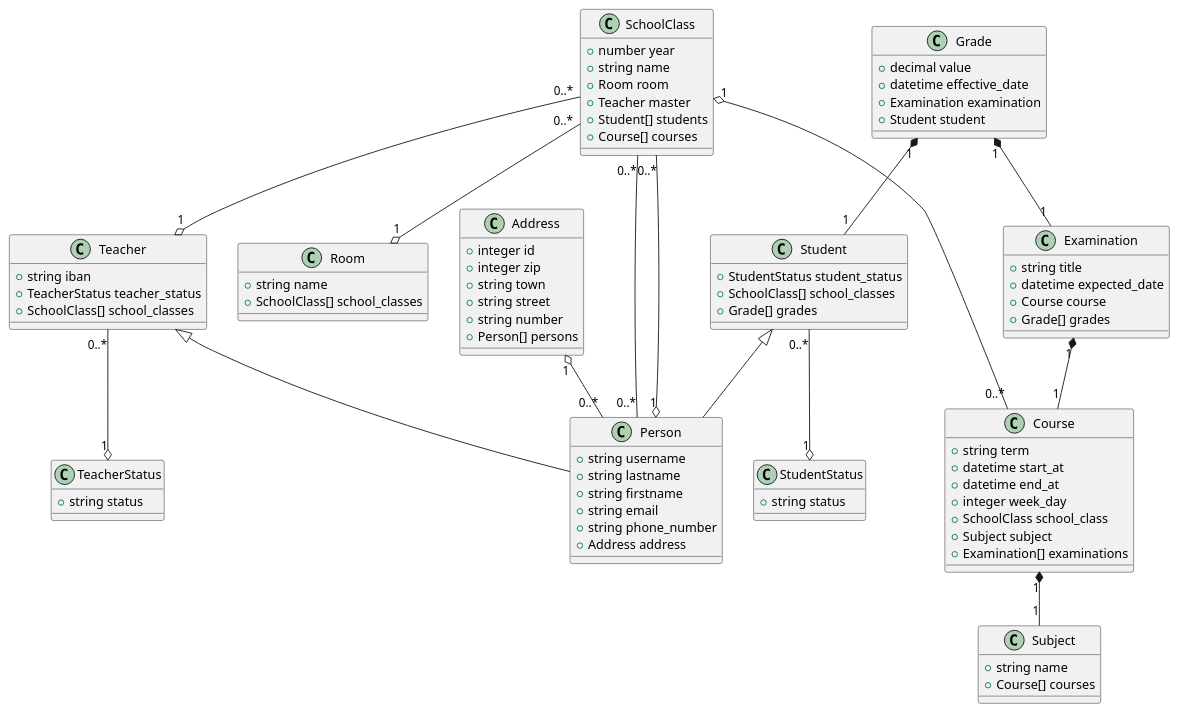
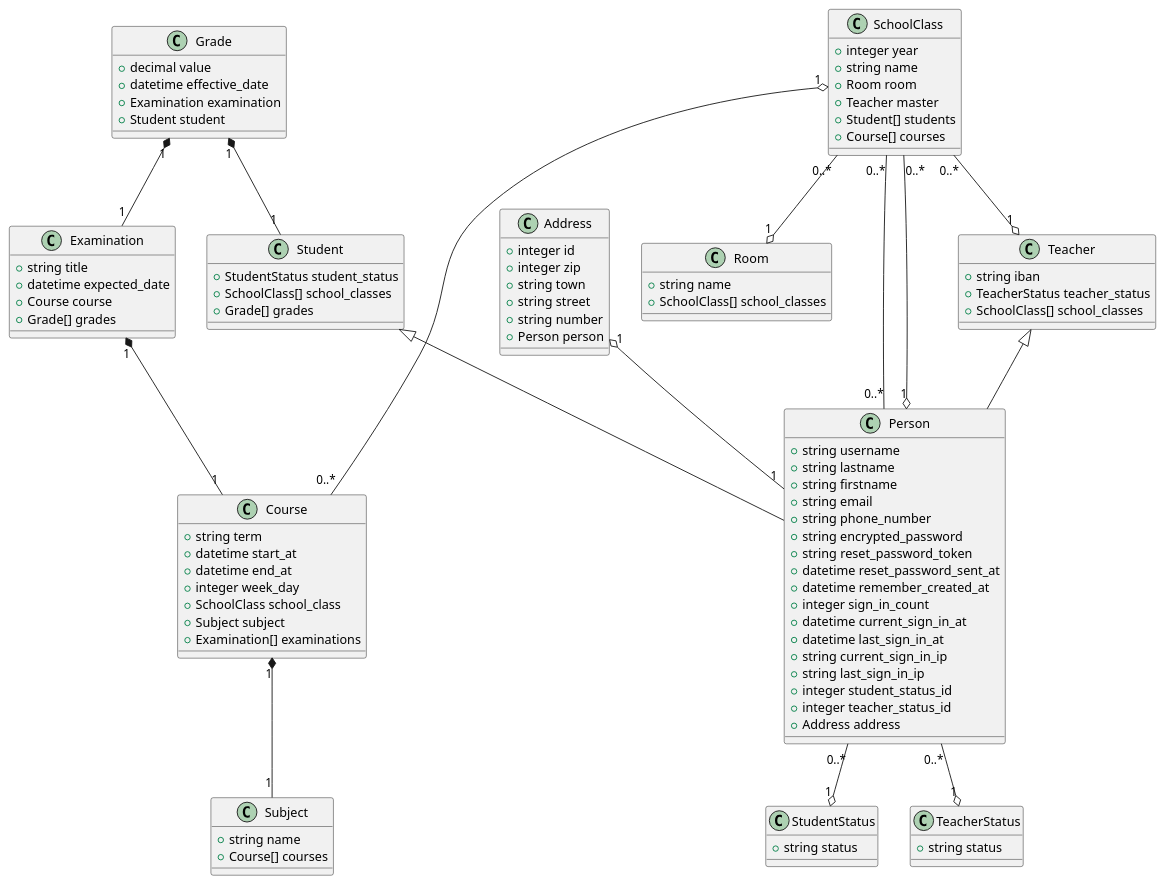
The diagram in doc/class-diagram.puml (EliottJaquierEdu/ROR), drawn with PlantUML before and after one commit.

Commit message:
Update class diagram

```diff
--- a/doc/class-diagram.puml
+++ b/doc/class-diagram.puml
@@ -1,100 +1,111 @@
 @startuml
 
 class Address {
   +integer id
   +integer zip
   +string town
   +string street
   +string number
-  +Person[] persons
+  +Person person
 }
 
 class Person {
   +string username
   +string lastname
   +string firstname
   +string email
   +string phone_number
+  +string encrypted_password
+  +string reset_password_token
+  +datetime reset_password_sent_at
+  +datetime remember_created_at
+  +integer sign_in_count
+  +datetime current_sign_in_at
+  +datetime last_sign_in_at
+  +string current_sign_in_ip
+  +string last_sign_in_ip
+  +integer student_status_id
+  +integer teacher_status_id
   +Address address
 }
 
 class Teacher {
   +string iban
   +TeacherStatus teacher_status
   +SchoolClass[] school_classes
 }
 
 class Student {
   +StudentStatus student_status
   +SchoolClass[] school_classes
   +Grade[] grades
 }
 
 class SchoolClass {
-  +number year
+  +integer year
   +string name
   +Room room
   +Teacher master
   +Student[] students
   +Course[] courses
 }
 
 class Course {
   +string term
   +datetime start_at
   +datetime end_at
   +integer week_day
   +SchoolClass school_class
   +Subject subject
   +Examination[] examinations
 }
 
 class Subject {
   +string name
   +Course[] courses
 }
 
 class Examination {
   +string title
   +datetime expected_date
   +Course course
   +Grade[] grades
 }
 
 class Grade {
   +decimal value
   +datetime effective_date
   +Examination examination
   +Student student
 }
 
 class Room {
   +string name
   +SchoolClass[] school_classes
 }
 
 class TeacherStatus {
   +string status
 }
 
 class StudentStatus {
   +string status
 }
 
-Address "1" o-- "0..*" Person
-Teacher "0..*" --o "1" TeacherStatus
-Student "0..*" --o "1" StudentStatus
+Address "1" o-- "1" Person
+Person "0..*" --o "1" StudentStatus
+Person "0..*" --o "1" TeacherStatus
 SchoolClass "0..*" -- "0..*" Person
 SchoolClass "0..*" --o "1" Room
 SchoolClass "0..*" --o "1" Person
 SchoolClass "1" o-- "0..*" Course
 SchoolClass "0..*" --o "1" Teacher
 Course "1" *-- "1" Subject
 Examination "1" *-- "1" Course
 Grade "1" *-- "1" Examination
 Grade "1" *-- "1" Student
 
 Teacher <|-- Person
 Student <|-- Person
 
 @enduml
```
